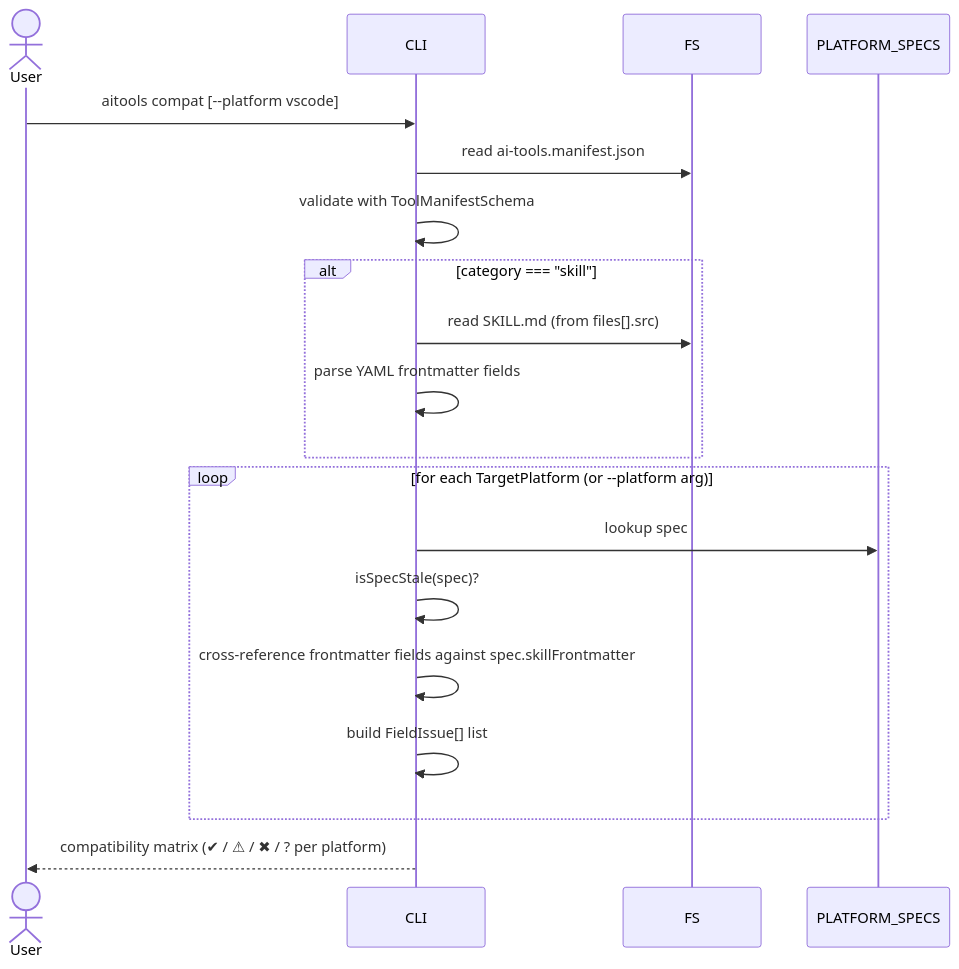
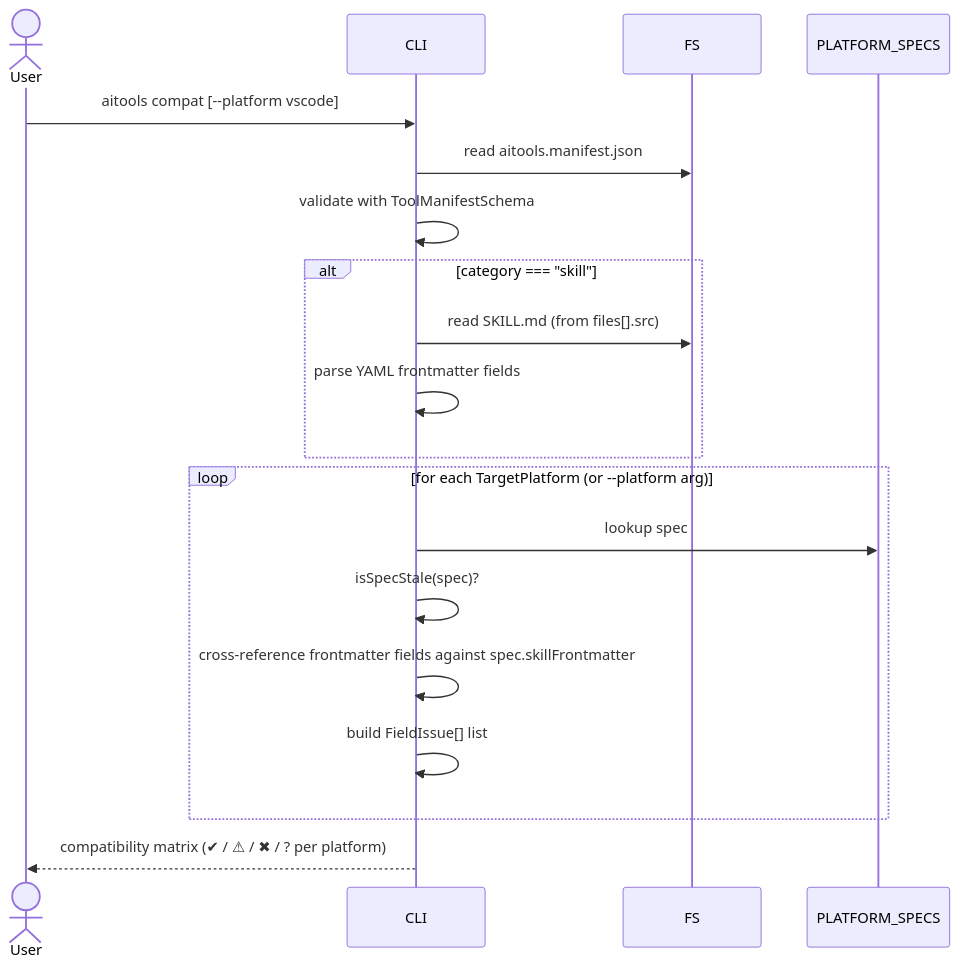
One commit to bitgenetics/aitools changed the sixth of 6 diagrams in docs/design/flows.md. Above: the diagram before and after it, drawn with Mermaid. The commit also changed other lines of this file and 132 other files, not shown here.

First line of the commit message:
refactor: rebrand to aitools CLI and @aitools/* packages

````diff
--- a/docs/design/flows.md
+++ b/docs/design/flows.md
@@ -197,25 +197,25 @@
 ```mermaid
 sequenceDiagram
     actor User
     participant CLI
     participant FS
     participant PLATFORM_SPECS
 
     User->>CLI: aitools compat [--platform vscode]
-    CLI->>FS: read ai-tools.manifest.json
+    CLI->>FS: read aitools.manifest.json
     CLI->>CLI: validate with ToolManifestSchema
 
     alt category === "skill"
         CLI->>FS: read SKILL.md (from files[].src)
         CLI->>CLI: parse YAML frontmatter fields
     end
 
     loop for each TargetPlatform (or --platform arg)
         CLI->>PLATFORM_SPECS: lookup spec
         CLI->>CLI: isSpecStale(spec)?
         CLI->>CLI: cross-reference frontmatter fields against spec.skillFrontmatter
         CLI->>CLI: build FieldIssue[] list
     end
 
     CLI-->>User: compatibility matrix (✔ / ⚠ / ✖ / ? per platform)
 ```
````
